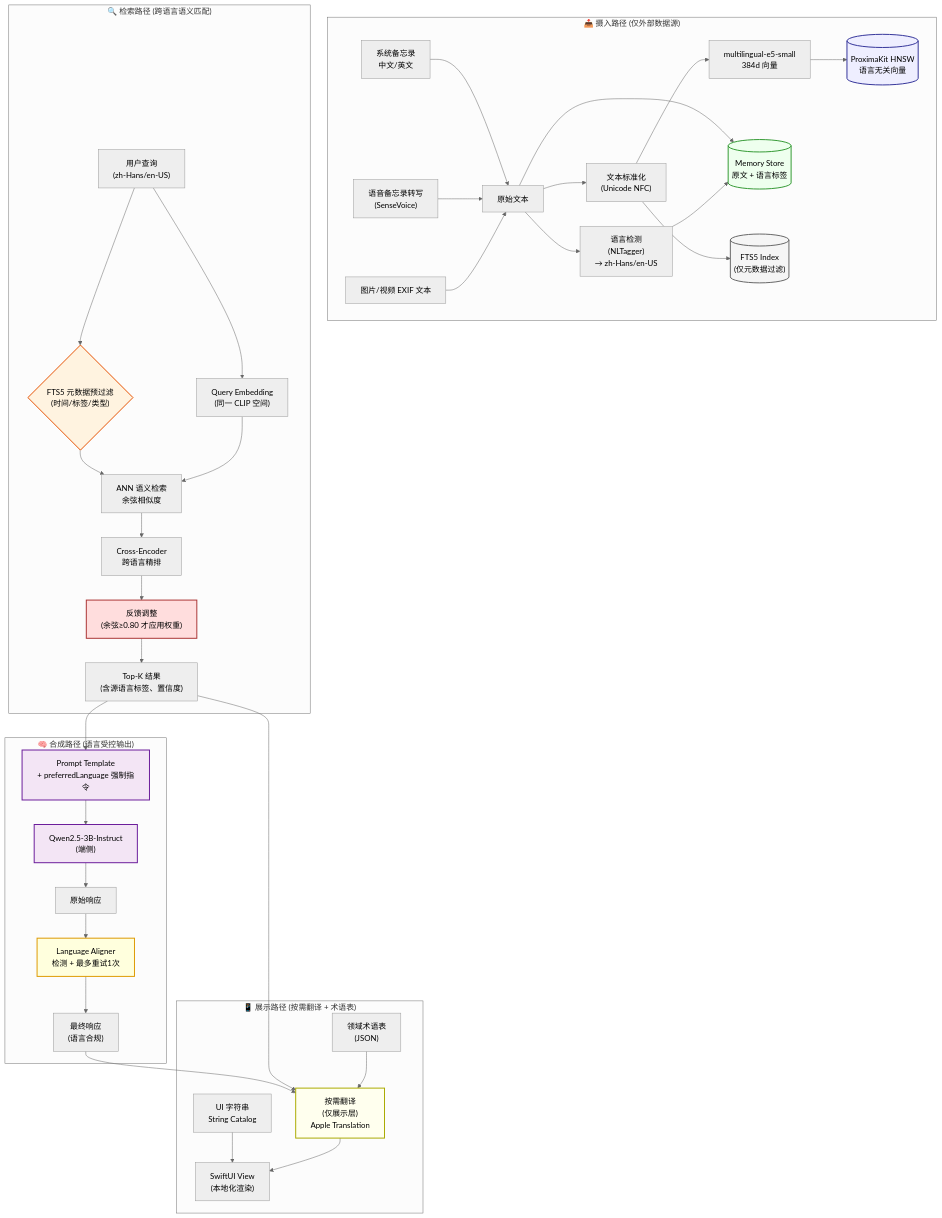
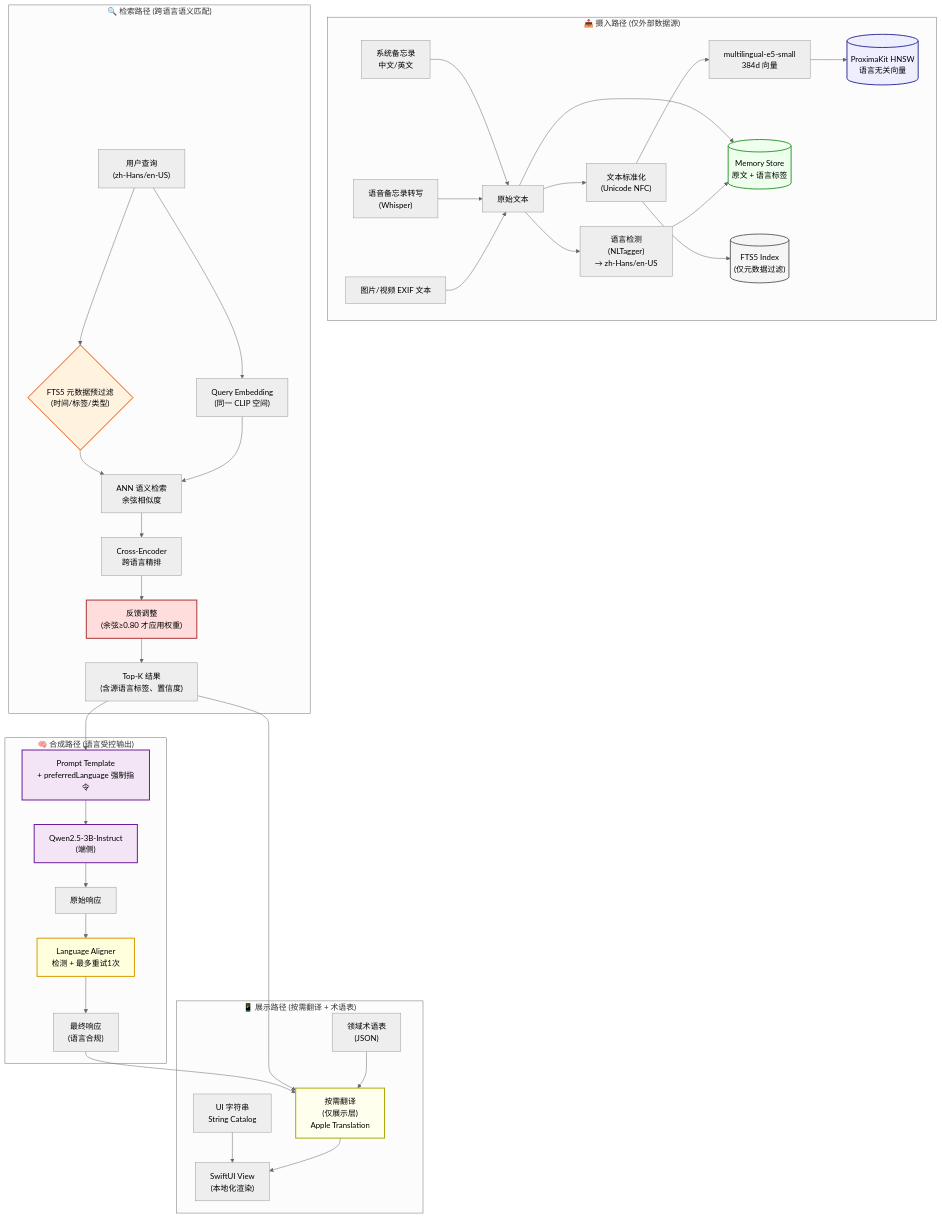
One commit to logan-suu/Echo changed the first of 3 diagrams in docs/03-implementation/双语言实现说明文档.md. Above: the diagram before and after it, drawn with Mermaid (neutral theme). The commit also changed other lines of this file and 9 other files, not shown here.

```diff
--- a/docs/03-implementation/双语言实现说明文档.md
+++ b/docs/03-implementation/双语言实现说明文档.md
@@ -46,7 +46,7 @@
 flowchart TB
     subgraph Ingest["📥 摄入路径 (仅外部数据源)"]
         Memo["系统备忘录<br/>中文/英文"]
-        Voice["语音备忘录转写<br/>(SenseVoice)"]
+        Voice["语音备忘录转写<br/>(Whisper)"]
         Photo["图片/视频 EXIF 文本"]
 
         RawText["原始文本"]
```
